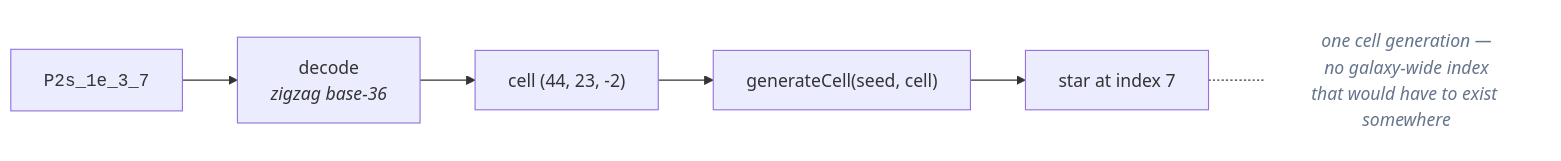
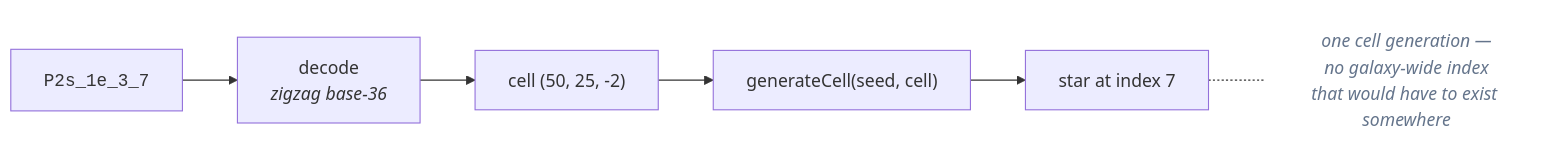
Before and after one commit to jonjaques/inertialref: the third of 4 diagrams in docs/concepts/identity.md, drawn with Mermaid. The commit also changed other lines of this file and 24 other files, not shown here.

````diff
--- a/docs/concepts/identity.md
+++ b/docs/concepts/identity.md
@@ -105,11 +105,11 @@
 ```mermaid
 flowchart LR
     ID["<code>P2s_1e_3_7</code>"] --> DEC["decode<br/><i>zigzag base-36</i>"]
-    DEC --> CELL["cell (44, 23, -2)"]
+    DEC --> CELL["cell (50, 25, -2)"]
     CELL --> REGEN["generateCell(seed, cell)"]
     REGEN --> STAR["star at index 7"]
 
     STAR -.- NOTE["one cell generation —<br/>no galaxy-wide index<br/>that would have to exist somewhere"]
     classDef note fill:none,stroke:none,color:#64748b,font-style:italic
     class NOTE note
 ```
````
